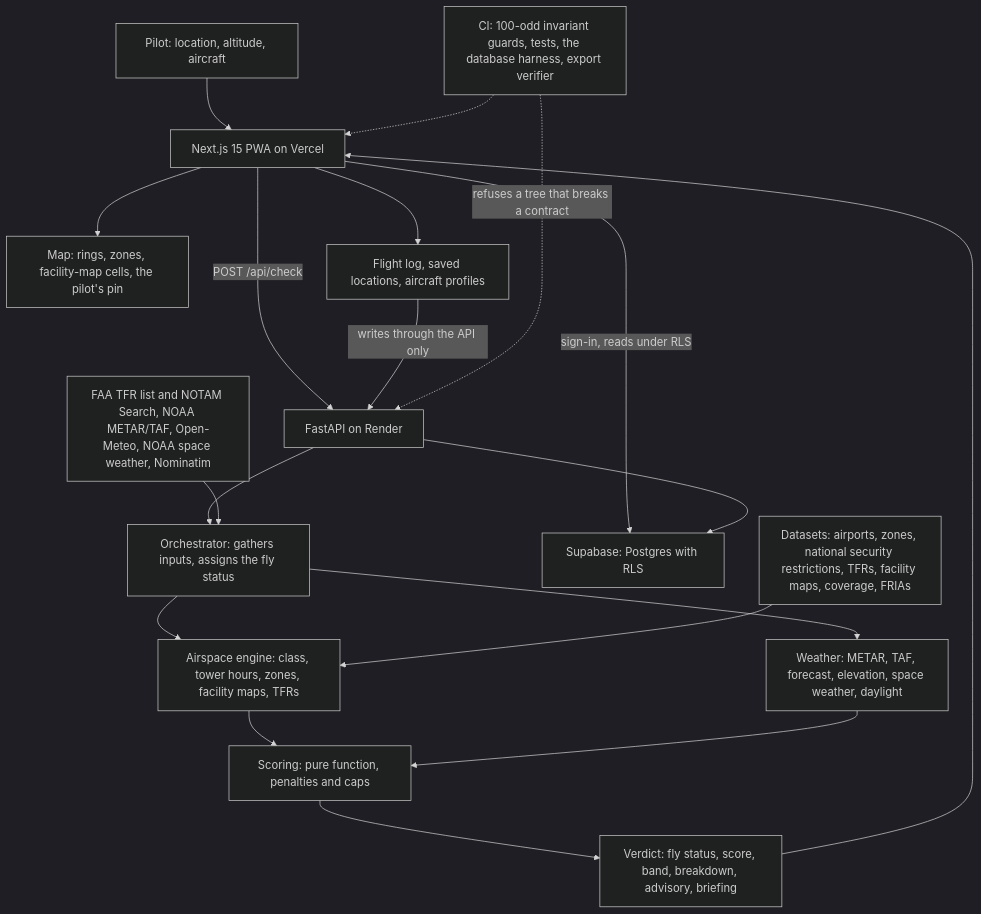
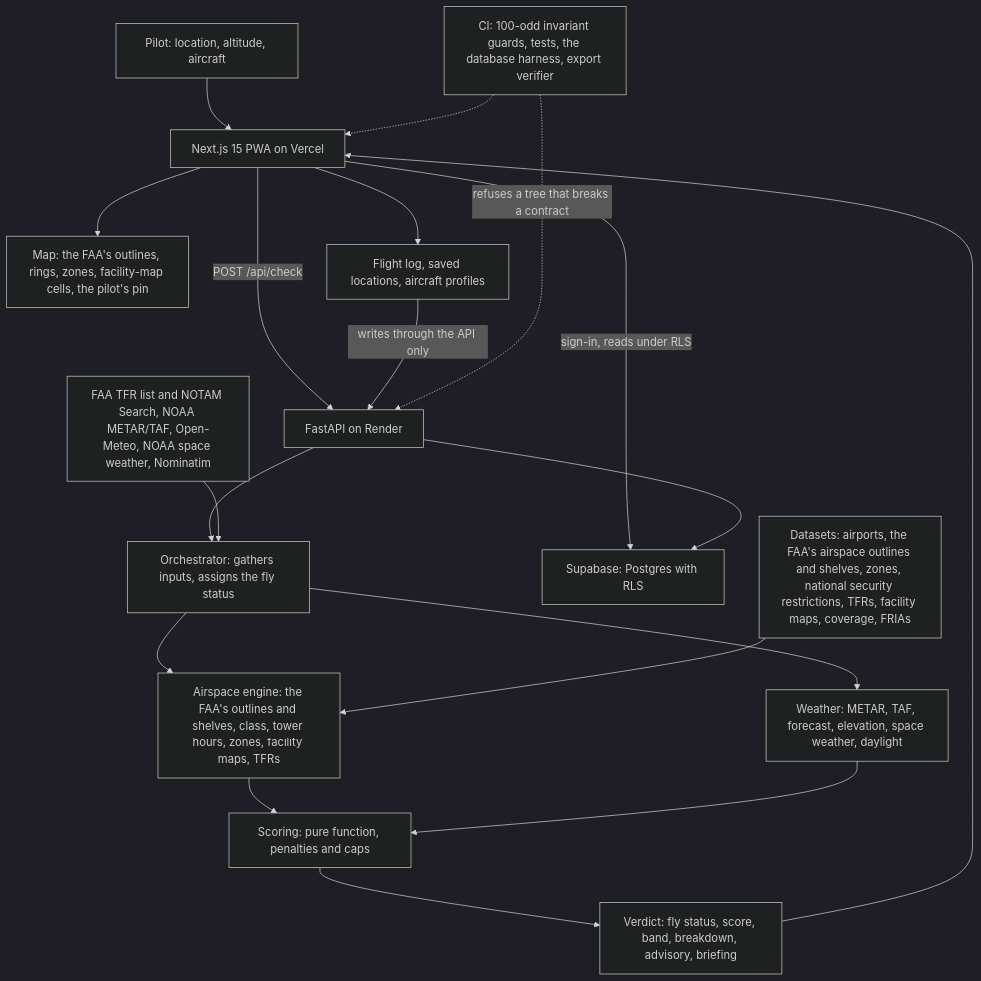
Before and after one commit to jha-ayush/uas-skycheck-architecture: the diagram in README.md, drawn with Mermaid (dark theme). The commit also changed other lines of this file, not shown here.

````diff
--- a/README.md
+++ b/README.md
@@ -79,21 +79,21 @@
 ```mermaid
 flowchart TD
     P["Pilot: location, altitude, aircraft"] --> FE["Next.js 15 PWA on Vercel"]
     FE -->|"POST /api/check"| API["FastAPI on Render"]
     API --> ORC["Orchestrator: gathers inputs, assigns the fly status"]
-    ORC --> GEO["Airspace engine: class, tower hours, zones, facility maps, TFRs"]
+    ORC --> GEO["Airspace engine: the FAA's outlines and shelves, class, tower hours, zones, facility maps, TFRs"]
     ORC --> WX["Weather: METAR, TAF, forecast, elevation, space weather, daylight"]
     GEO --> SC["Scoring: pure function, penalties and caps"]
     WX --> SC
     SC --> RESP["Verdict: fly status, score, band, breakdown, advisory, briefing"]
     RESP --> FE
-    FE --> MAP["Map: rings, zones, facility-map cells, the pilot's pin"]
+    FE --> MAP["Map: the FAA's outlines, rings, zones, facility-map cells, the pilot's pin"]
     FE --> LOG["Flight log, saved locations, aircraft profiles"]
     LOG -->|"writes through the API only"| API
     FE -->|"sign-in, reads under RLS"| SB["Supabase: Postgres with RLS"]
     API --> SB
-    DS["Datasets: airports, zones, national security restrictions, TFRs, facility maps, coverage, FRIAs"] --> GEO
+    DS["Datasets: airports, the FAA's airspace outlines and shelves, zones, national security restrictions, TFRs, facility maps, coverage, FRIAs"] --> GEO
     EXT["FAA TFR list and NOTAM Search, NOAA METAR/TAF, Open-Meteo, NOAA space weather, Nominatim"] --> ORC
     CI["CI: 100-odd invariant guards, tests, the database harness, export verifier"] -.->|"refuses a tree that breaks a contract"| API
     CI -.-> FE
 ```
````
